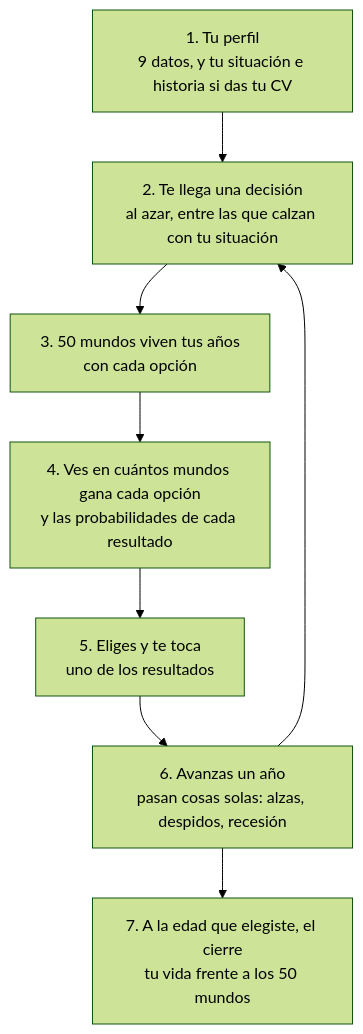
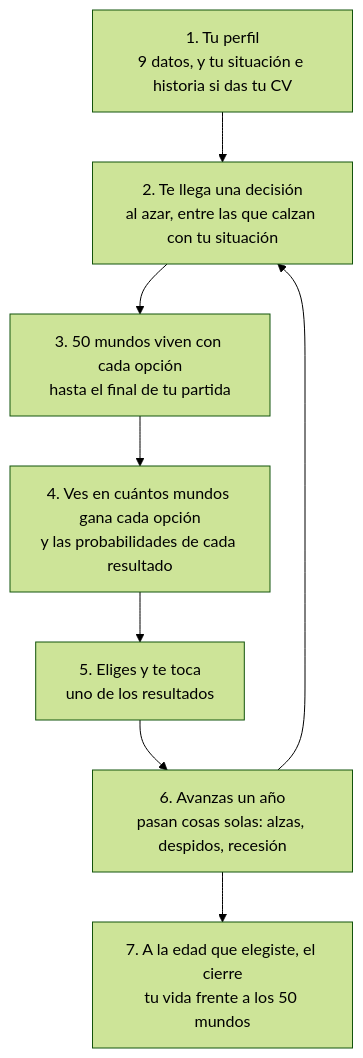
One commit to benitopalaciosm/biforkstrange changed the diagram in docs/COMO-FUNCIONA.md. Above: the diagram before and after it, drawn with Mermaid (forest theme). The commit also changed other lines of this file and 3 other files, not shown here.

````diff
--- a/docs/COMO-FUNCIONA.md
+++ b/docs/COMO-FUNCIONA.md
@@ -24,10 +24,10 @@
 ```mermaid
 flowchart TD
     A["1. Tu perfil<br/>9 datos, y tu situación e historia si das tu CV"] --> B["2. Te llega una decisión<br/>al azar, entre las que calzan con tu situación"]
-    B --> C["3. 50 mundos viven tus años<br/>con cada opción"]
+    B --> C["3. 50 mundos viven con cada opción<br/>hasta el final de tu partida"]
     C --> D["4. Ves en cuántos mundos gana cada opción<br/>y las probabilidades de cada resultado"]
     D --> E["5. Eliges y te toca<br/>uno de los resultados"]
     E --> F["6. Avanzas un año<br/>pasan cosas solas: alzas, despidos, recesión"]
     F --> B
     F --> G["7. A la edad que elegiste, el cierre<br/>tu vida frente a los 50 mundos"]
 ```
````
